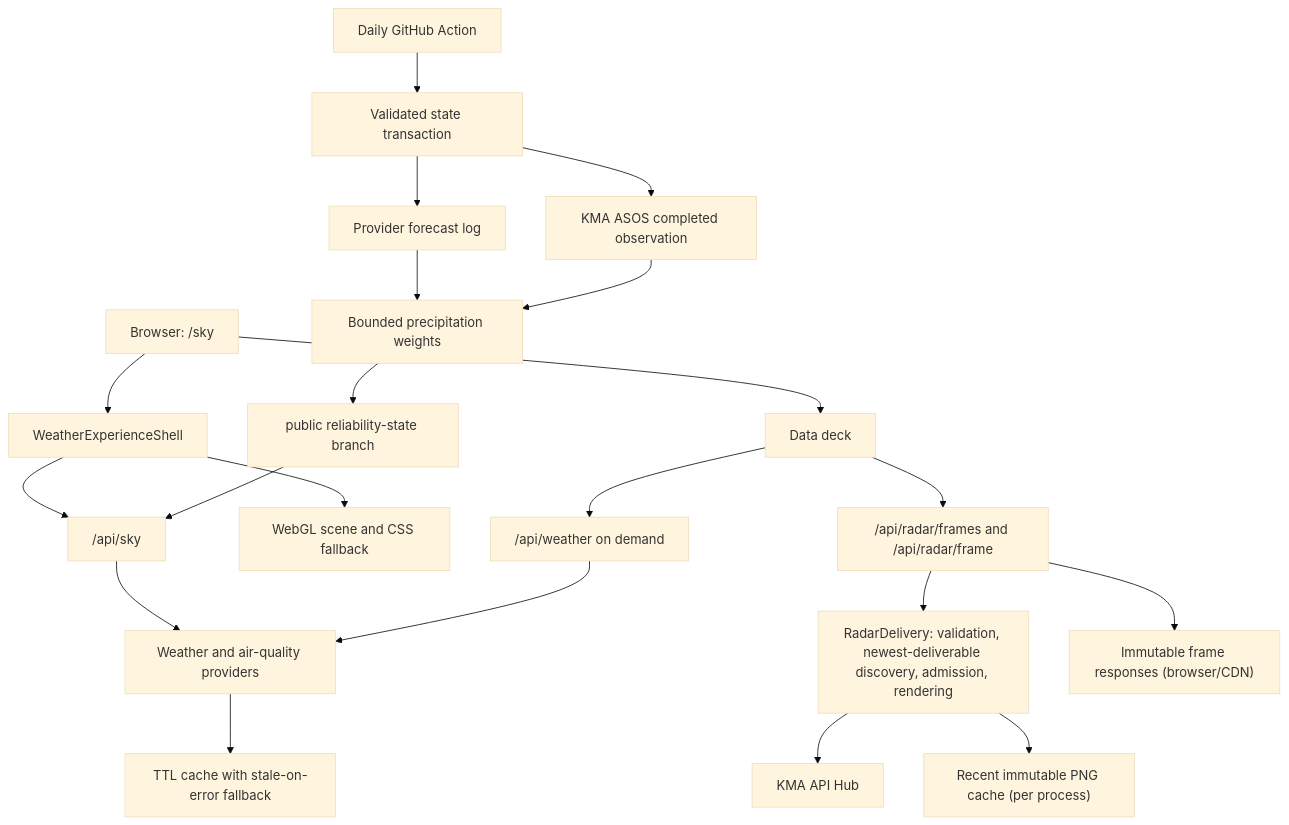
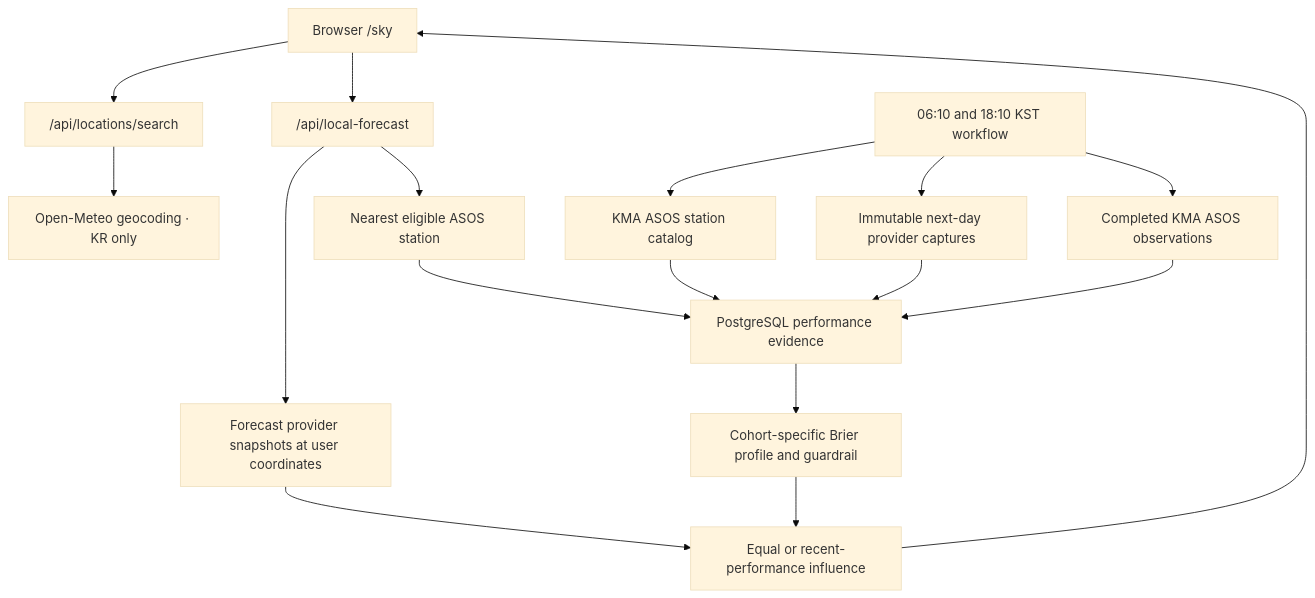
Before and after one commit to mhju0/rain-today: the diagram in README.md, drawn with Mermaid (base theme). The commit also changed other lines of this file and 2 other files, not shown here.

Commit message:
docs: document nationwide local performance

````diff
--- a/README.md
+++ b/README.md
@@ -73,23 +50,20 @@
 ```mermaid
 flowchart TB
-  Browser["Browser: /sky"] --> Shell["WeatherExperienceShell"]
-  Shell --> SkyAPI["/api/sky"]
-  Shell --> Scene["WebGL scene and CSS fallback"]
-  Browser --> Deck["Data deck"]
-  Deck --> RadarRoutes["/api/radar/frames and /api/radar/frame"]
-  Deck --> Intelligence["/api/weather on demand"]
-  SkyAPI --> Providers["Weather and air-quality providers"]
-  Intelligence --> Providers
-  RadarRoutes --> Delivery["RadarDelivery: validation, newest-deliverable discovery, admission, rendering"]
-  Delivery --> KMA["KMA API Hub"]
-  Delivery --> RadarCache["Recent immutable PNG cache (per process)"]
-  RadarRoutes --> EdgeCache["Immutable frame responses (browser/CDN)"]
-  Providers --> Cache["TTL cache with stale-on-error fallback"]
-  Action["Daily GitHub Action"] --> Transaction["Validated state transaction"]
-  Transaction --> ForecastLog["Provider forecast log"]
-  Transaction --> KMAObservation["KMA ASOS completed observation"]
-  ForecastLog --> Weights["Bounded precipitation weights"]
-  KMAObservation --> Weights
-  Weights --> StateBranch["public reliability-state branch"]
-  StateBranch --> SkyAPI
+  Browser["Browser /sky"] --> Search["/api/locations/search"]
+  Browser --> Local["/api/local-forecast"]
+  Search --> Geocoding["Open-Meteo geocoding · KR only"]
+  Local --> Providers["Forecast provider snapshots at user coordinates"]
+  Local --> Selection["Nearest eligible ASOS station"]
+  Selection --> Database["PostgreSQL performance evidence"]
+  Providers --> Blend["Equal or recent-performance influence"]
+  Database --> Profile["Cohort-specific Brier profile and guardrail"]
+  Profile --> Blend
+  Blend --> Browser
+
+  Schedule["06:10 and 18:10 KST workflow"] --> Catalog["KMA ASOS station catalog"]
+  Schedule --> Captures["Immutable next-day provider captures"]
+  Schedule --> Observations["Completed KMA ASOS observations"]
+  Catalog --> Database
+  Captures --> Database
+  Observations --> Database
 ```
````
